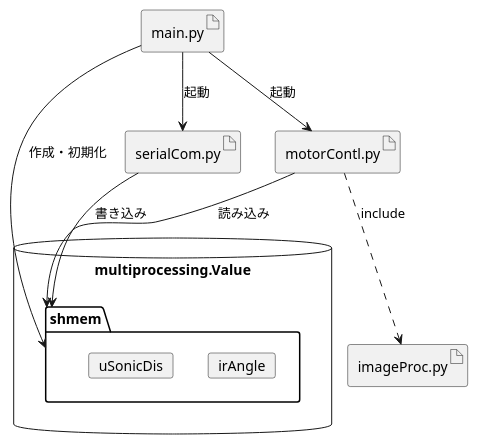
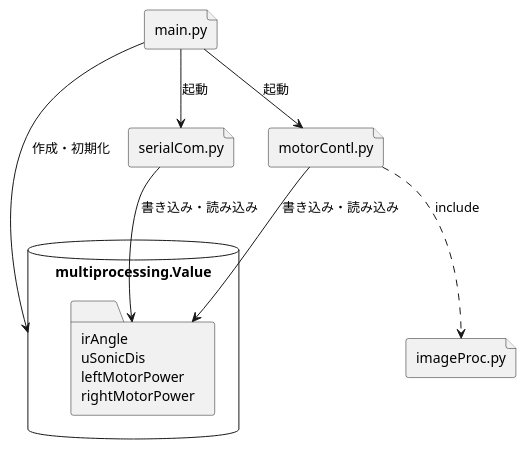
One commit to FC-TRONTO/documents changed the diagram in FC-TRONTO_raspi.pu. Above: the diagram before and after it, drawn with PlantUML. The commit also changed 1 other file, not shown here.

Commit message:
Fix: shmem content

```diff
--- a/FC-TRONTO_raspi.pu
+++ b/FC-TRONTO_raspi.pu
@@ -1,21 +1,23 @@
 @startuml FC-TRONTO_raspi
 
-artifact main.py
-artifact serialCom.py
-artifact imageProc.py
-artifact motorContl.py
-database "multiprocessing.Value" {
-  folder "shmem" {
-    card irAngle
-    card uSonicDis
-  }
+file main.py
+file serialCom.py
+file imageProc.py
+file motorContl.py
+database multiprocessing.Value {
+  folder shmem [
+    irAngle
+    uSonicDis
+    leftMotorPower
+    rightMotorPower
+  ]
 }
 
 main.py --> serialCom.py : 起動
 main.py --> motorContl.py : 起動
 motorContl.py ..> imageProc.py : include
-main.py --> shmem : 作成・初期化
-serialCom.py --> shmem : 書き込み
-motorContl.py --> shmem : 読み込み
+main.py --> multiprocessing.Value : 作成・初期化
+serialCom.py --> shmem : 書き込み・読み込み
+motorContl.py --> shmem : 書き込み・読み込み
 
 @enduml
```
